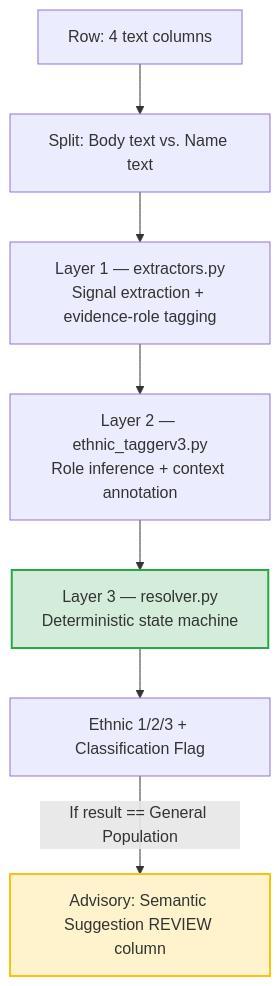
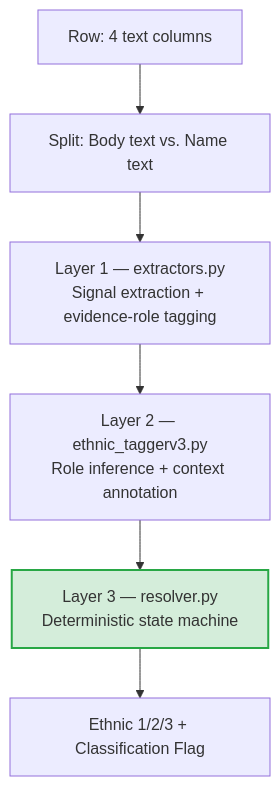
Before and after one commit to Djay23/ECF-Discretionary-FR-Scripting: the diagram in README.md, drawn with Mermaid. The commit also changed other lines of this file, not shown here.

````diff
--- a/README.md
+++ b/README.md
@@ -27,12 +27,10 @@
 ```mermaid
 graph TD
 A[Row: 4 text columns] --> B[Split: Body text vs. Name text]
 B --> C[Layer 1 — extractors.py<br/>Signal extraction + evidence-role tagging]
 C --> D[Layer 2 — ethnic_taggerv3.py<br/>Role inference + context annotation]
 D --> E[Layer 3 — resolver.py<br/>Deterministic state machine]
 E --> F[Ethnic 1/2/3 + Classification Flag]
-F -->|If result == General Population| G[Advisory: Semantic Suggestion REVIEW column]
 
 style E fill:#d4edda,stroke:#28a745,stroke-width:2px
-style G fill:#fff3cd,stroke:#ffc107,stroke-width:2px
 ```
````
